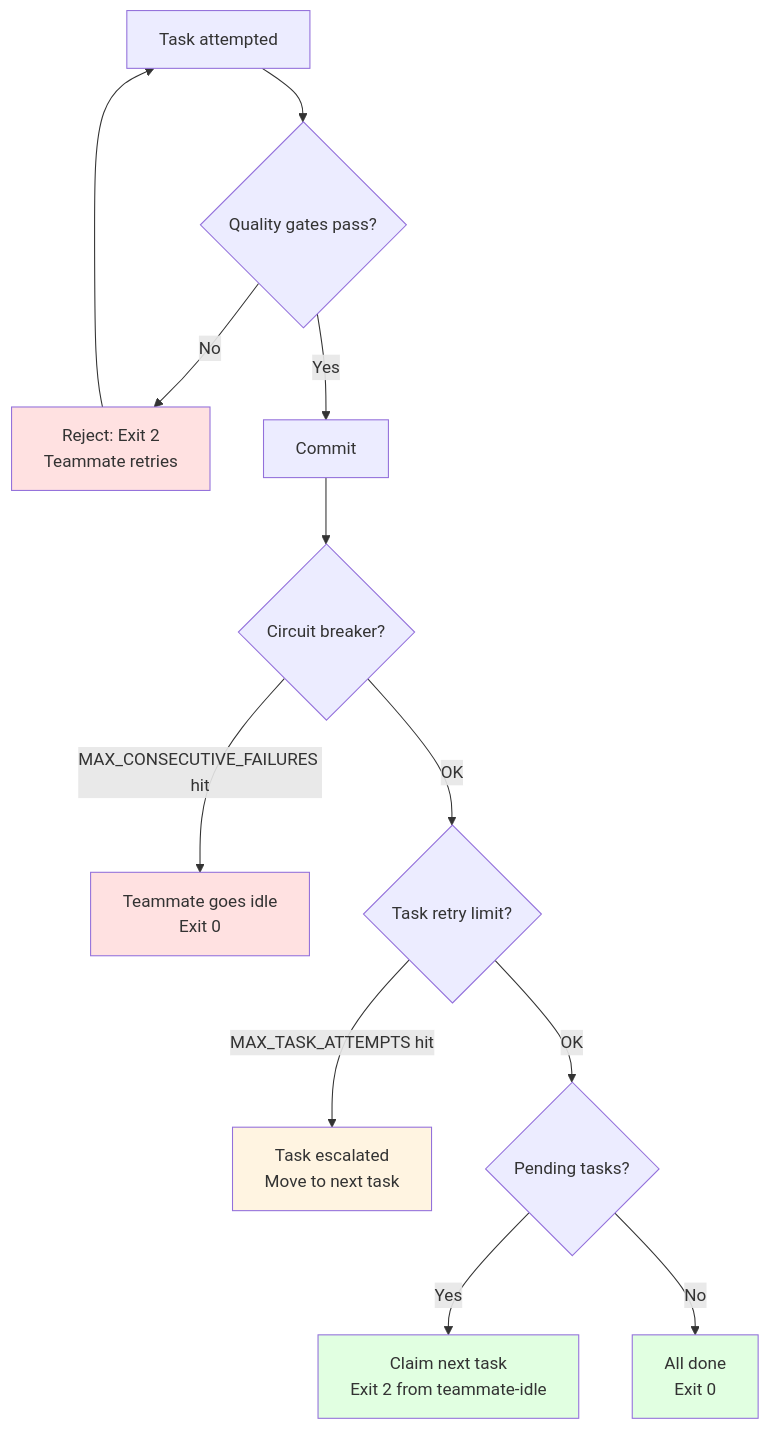
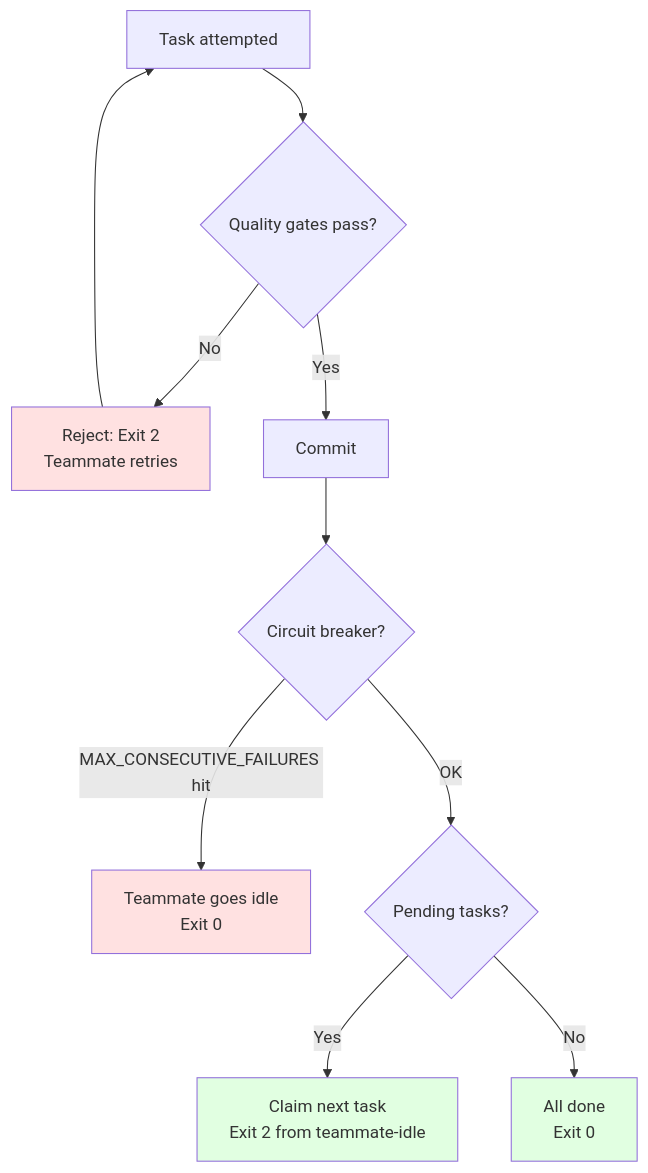
One commit to Dario-Arcos/ai-framework changed the diagram in skills/ralph-orchestrator/references/backpressure.md. Above: the diagram before and after it, drawn with Mermaid. The commit also changed other lines of this file and 7 other files, not shown here.

````diff
--- a/skills/ralph-orchestrator/references/backpressure.md
+++ b/skills/ralph-orchestrator/references/backpressure.md
@@ -89,24 +71,20 @@
 ```mermaid
 graph TD
     A[Task attempted] --> B{Quality gates pass?}
     B -->|No| C[Reject: Exit 2<br/>Teammate retries]
     B -->|Yes| D[Commit]
 
     D --> E{Circuit breaker?}
     E -->|MAX_CONSECUTIVE_FAILURES hit| F[Teammate goes idle<br/>Exit 0]
-    E -->|OK| G{Task retry limit?}
+    E -->|OK| G{Pending tasks?}
 
-    G -->|MAX_TASK_ATTEMPTS hit| H[Task escalated<br/>Move to next task]
-    G -->|OK| I{Pending tasks?}
-
-    I -->|Yes| J[Claim next task<br/>Exit 2 from teammate-idle]
-    I -->|No| K[All done<br/>Exit 0]
+    G -->|Yes| H[Claim next task<br/>Exit 2 from teammate-idle]
+    G -->|No| I[All done<br/>Exit 0]
 
     C --> A
 
     style C fill:#ffe1e1
     style F fill:#ffe1e1
-    style H fill:#fff4e1
-    style K fill:#e1ffe1
-    style J fill:#e1ffe1
+    style I fill:#e1ffe1
+    style H fill:#e1ffe1
 ```
````
